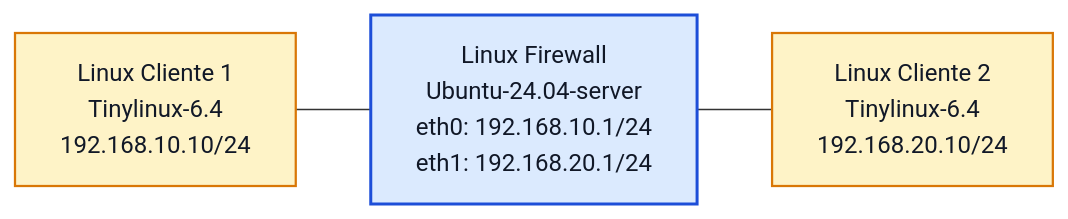
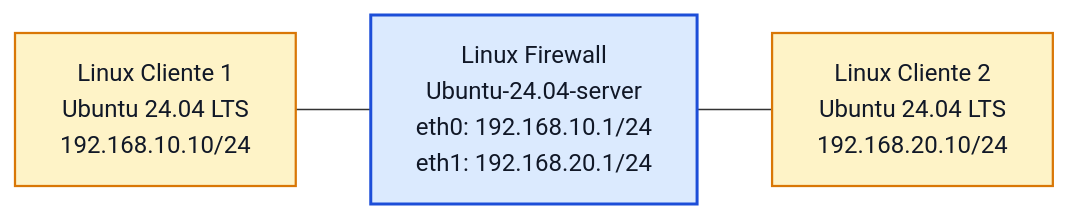
The diagram in labs/lab10.md (oficialvzi/PTR), drawn with Mermaid before and after one commit. The commit also changed other lines of this file and 5 other files, not shown here.

Commit message:
Atualiza titulo do Laboratorio 10 e padroniza nós com Ubuntu 24.04 LTS nos roteiros de seguranca

````diff
--- a/labs/lab10.md
+++ b/labs/lab10.md
@@ -177,15 +177,15 @@
 ```mermaid
 flowchart LR
-    HOST1["Linux Cliente 1<br/>Tinylinux-6.4<br/>192.168.10.10/24"]
+    HOST1["Linux Cliente 1<br/>Ubuntu 24.04 LTS<br/>192.168.10.10/24"]
     FW["Linux Firewall<br/>Ubuntu-24.04-server<br/>eth0: 192.168.10.1/24<br/>eth1: 192.168.20.1/24"]
-    HOST2["Linux Cliente 2<br/>Tinylinux-6.4<br/>192.168.20.10/24"]
+    HOST2["Linux Cliente 2<br/>Ubuntu 24.04 LTS<br/>192.168.20.10/24"]
 
     HOST1 --- FW
     FW --- HOST2
 
     classDef host fill:#fef3c7,stroke:#d97706,color:#111827,stroke-width:1.5px;
     classDef fw fill:#dbeafe,stroke:#1d4ed8,color:#111827,stroke-width:2px;
 
     class HOST1,HOST2 host;
     class FW fw;
 ```
````
